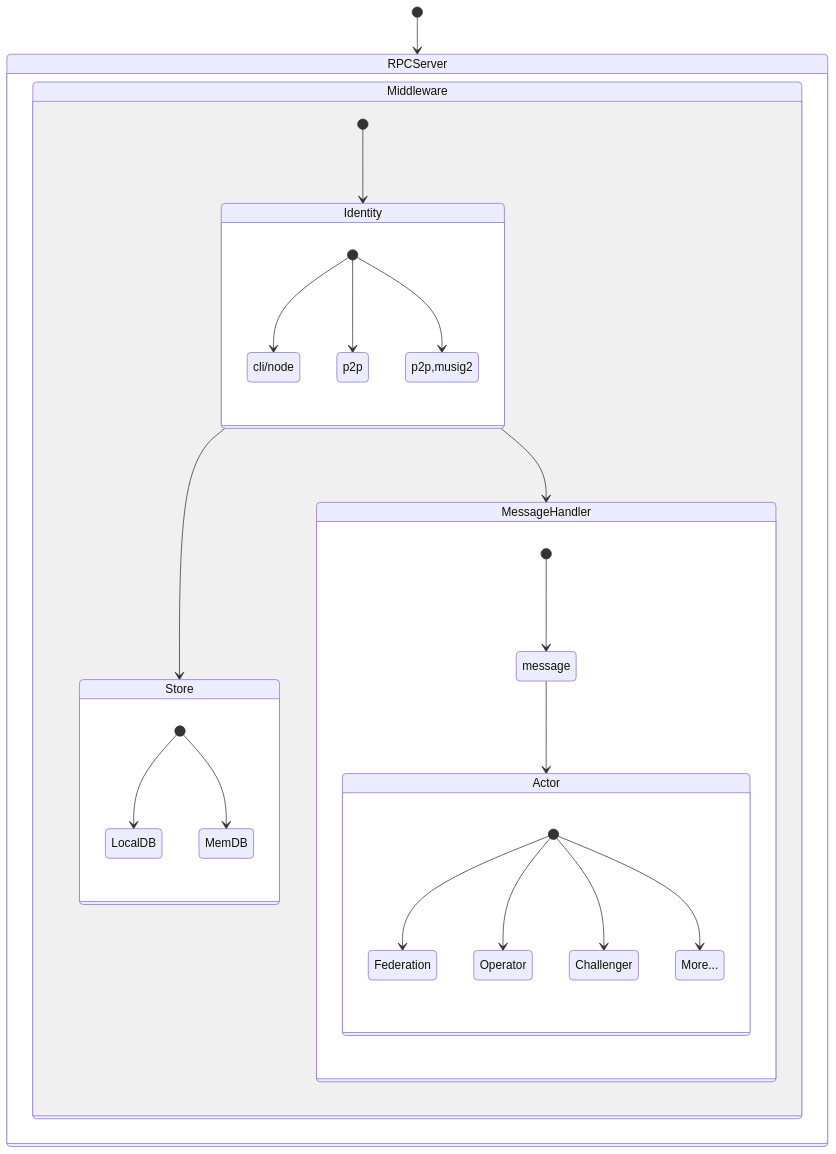
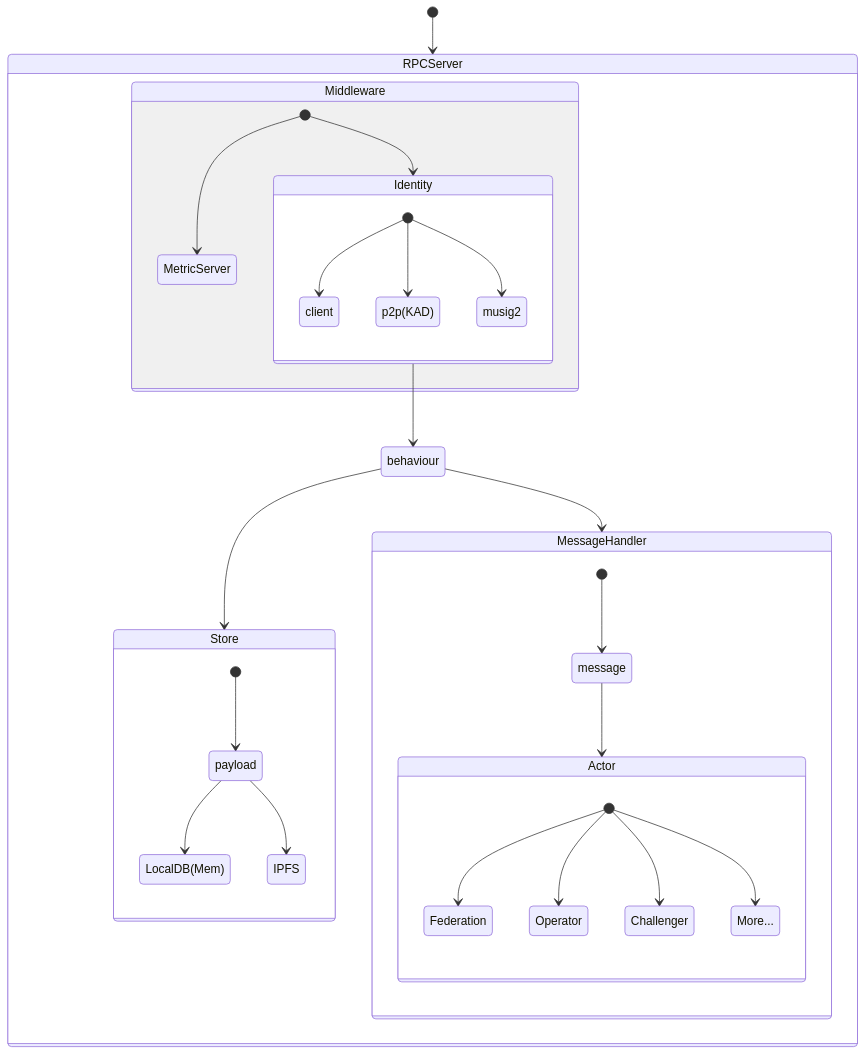
Before and after one commit to GOATNetwork/bitvm2-node: the first of 5 diagrams in README.md, drawn with Mermaid. The commit also changed other lines of this file and 18 other files, not shown here.

````diff
--- a/README.md
+++ b/README.md
@@ -6,34 +6,37 @@
 ```mermaid
 stateDiagram-v2
     [*] --> RPCServer 
 
     state RPCServer {
         state Middleware {
-            [*] --> Identity 
-            Identity --> Store
-            Identity --> MessageHandler
+            [*] --> Identity
+            Identity --> behaviour
+            [*] --> MetricServer 
         }
+        behaviour --> Store
+        behaviour --> MessageHandler
     }
        
     state MessageHandler {
         [*] --> message 
         message --> Actor 
     }
     state Actor {
         [*] --> Federation 
         [*] --> Operator 
         [*] --> Challenger
         [*] --> More... 
     }
     
     state Identity {
-        [*] --> cli/node
-        [*] --> p2p
-        [*] --> p2p,musig2
+        [*] --> client
+        [*] --> p2p(KAD)
+        [*] --> musig2
     }
 
     state Store {
-        [*] --> LocalDB 
-        [*] --> MemDB 
-}
+        [*] --> payload 
+        payload --> LocalDB(Mem)
+        payload --> IPFS
+    }
 ```
````
